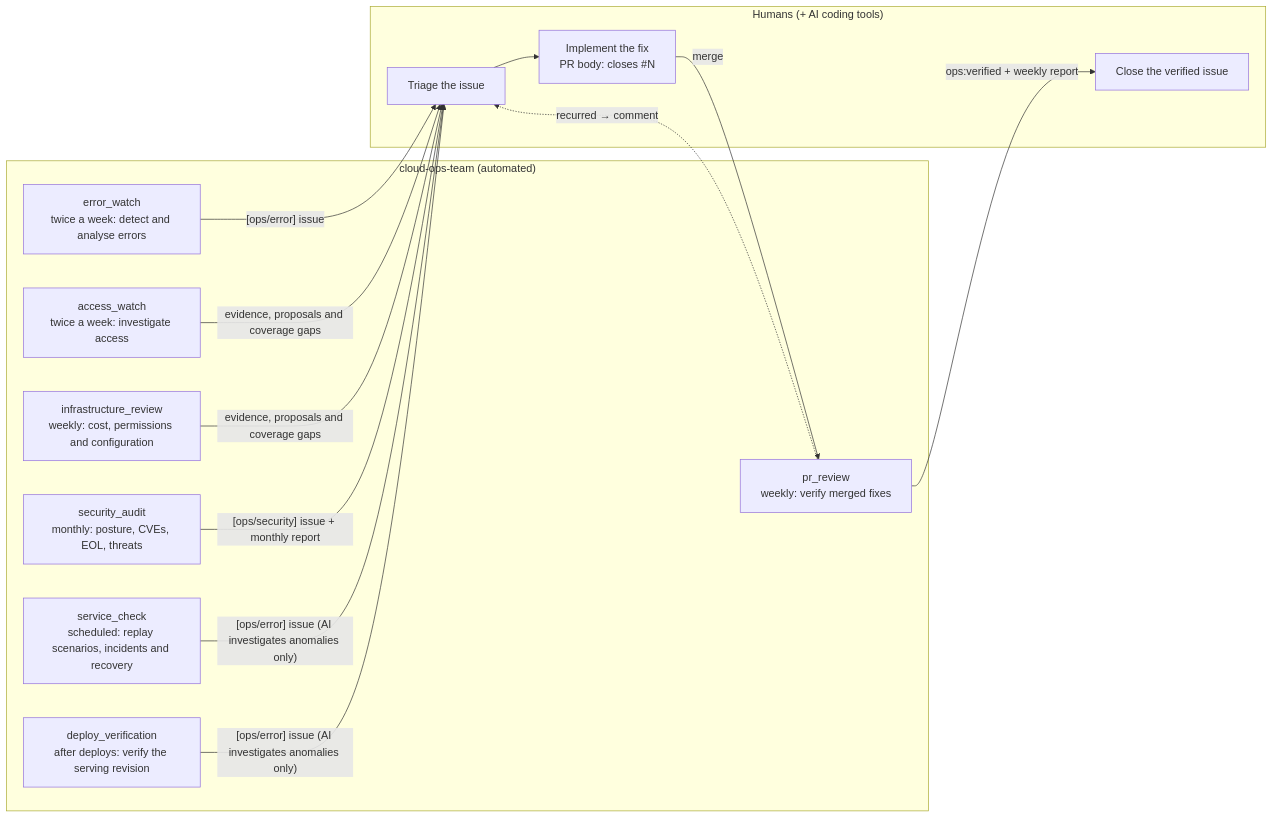
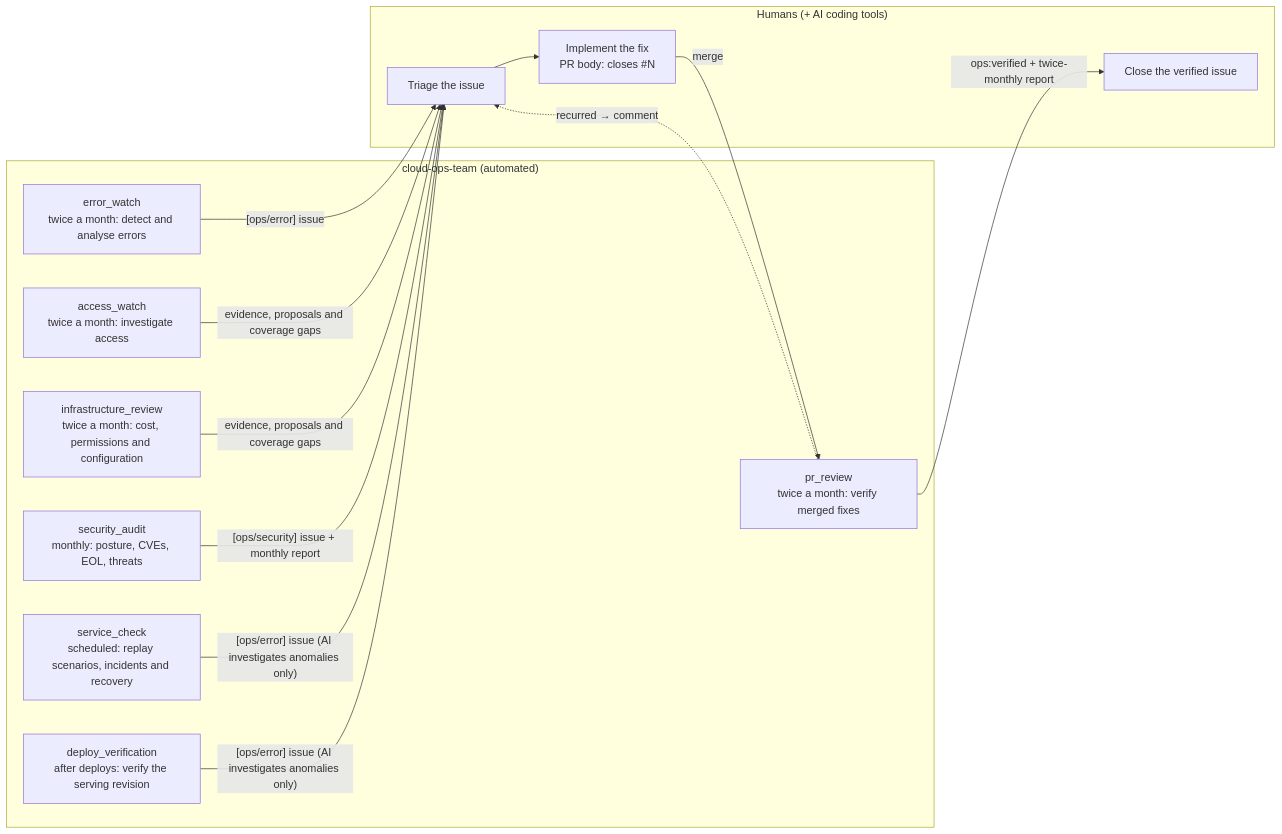
The first of 4 diagrams in docs/en/architecture.md (atsuki-sakai/cloud-ops-team), drawn with Mermaid before and after one commit. The commit also changed other lines of this file and 36 other files, not shown here.

````diff
--- a/docs/en/architecture.md
+++ b/docs/en/architecture.md
@@ -19,25 +19,25 @@
 ```mermaid
 flowchart LR
     subgraph Agents["cloud-ops-team (automated)"]
-        EW["error_watch<br/>twice a week: detect and analyse errors"]
-        AW["access_watch<br/>twice a week: investigate access"]
-        IR["infrastructure_review<br/>weekly: cost, permissions and configuration"]
+        EW["error_watch<br/>twice a month: detect and analyse errors"]
+        AW["access_watch<br/>twice a month: investigate access"]
+        IR["infrastructure_review<br/>twice a month: cost, permissions and configuration"]
         SA["security_audit<br/>monthly: posture, CVEs, EOL, threats"]
-        PR["pr_review<br/>weekly: verify merged fixes"]
+        PR["pr_review<br/>twice a month: verify merged fixes"]
         SC["service_check<br/>scheduled: replay scenarios, incidents and recovery"]
         DV["deploy_verification<br/>after deploys: verify the serving revision"]
     end
     subgraph Humans["Humans (+ AI coding tools)"]
         H1["Triage the issue"]
         H2["Implement the fix<br/>PR body: closes #N"]
         H3["Close the verified issue"]
     end
     EW -- "[ops/error] issue" --> H1
     AW & IR -- "evidence, proposals and coverage gaps" --> H1
     SA -- "[ops/security] issue + monthly report" --> H1
     SC & DV -- "[ops/error] issue (AI investigates anomalies only)" --> H1
     H1 --> H2
     H2 -- "merge" --> PR
-    PR -- "ops:verified + weekly report" --> H3
+    PR -- "ops:verified + twice-monthly report" --> H3
     PR -. "recurred → comment" .-> H1
 ```
````
